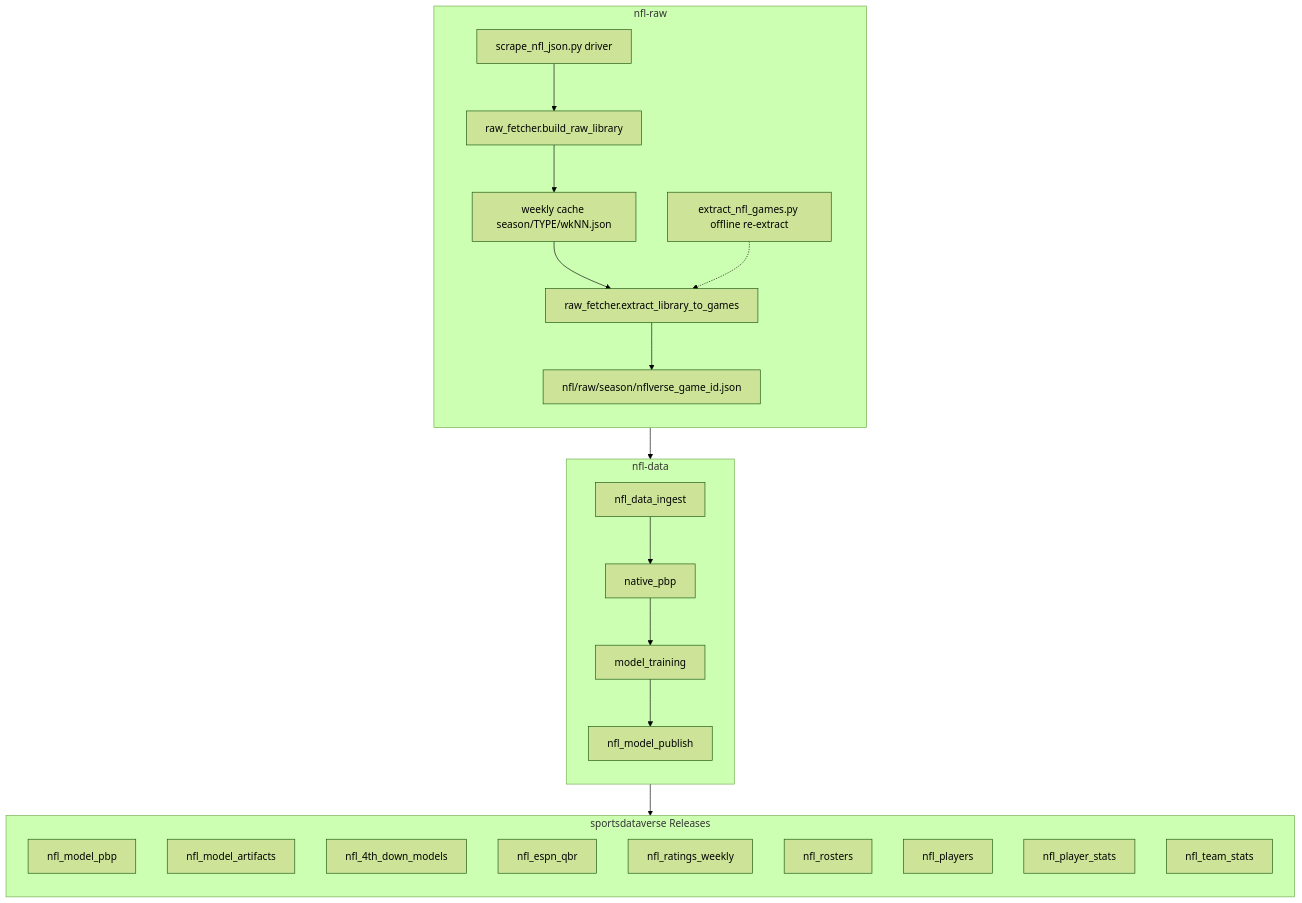
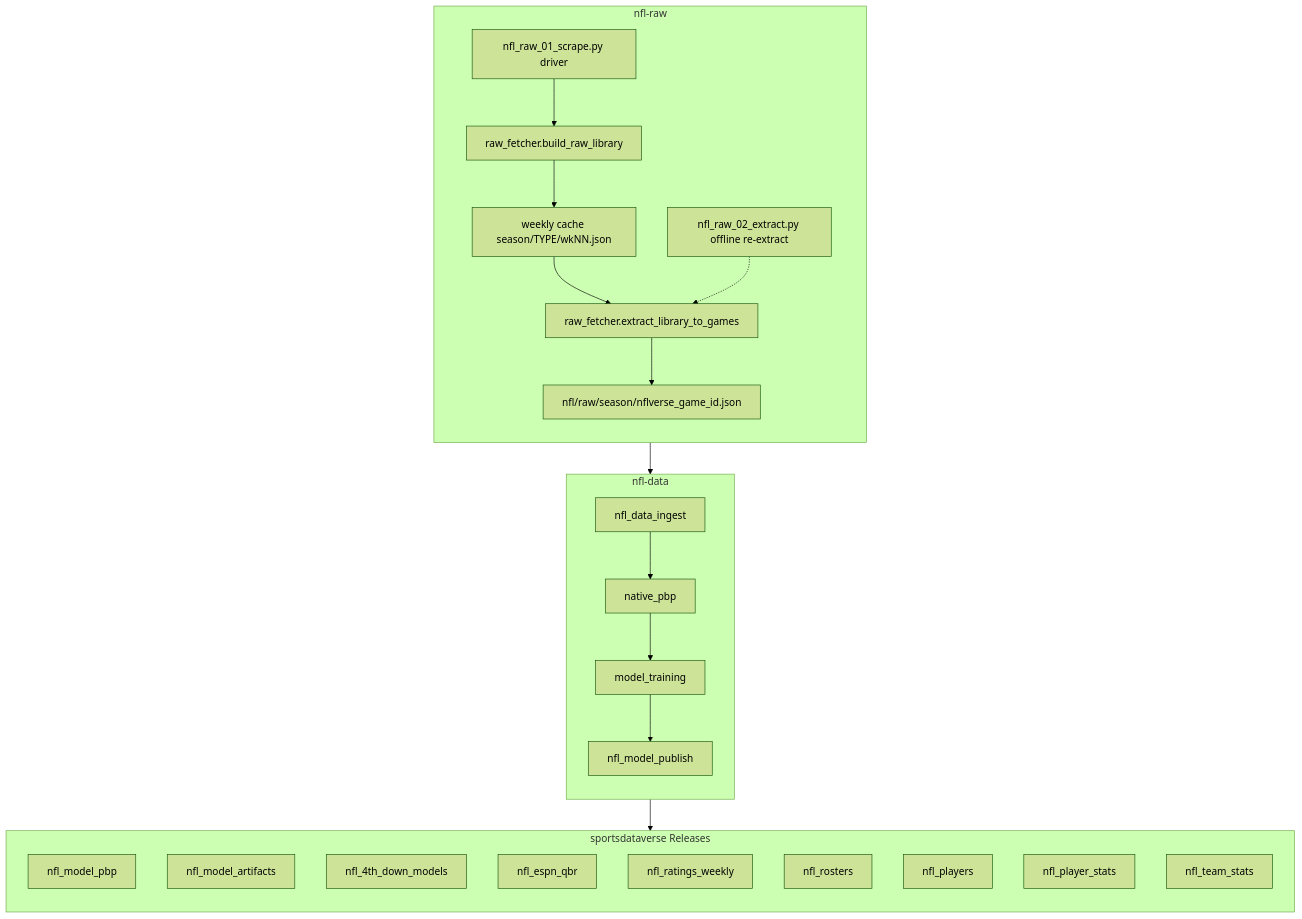
Before and after one commit to sportsdataverse/nfl-raw: the second of 2 diagrams in README.md, drawn with Mermaid (forest theme). The commit also changed other lines of this file and 5 other files, not shown here.

Commit message:
refactor(python): number the pipeline scripts (nfl_raw_01_scrape / nfl_raw_02_extract)

````diff
--- a/README.md
+++ b/README.md
@@ -27,34 +27,34 @@
 ```mermaid
 flowchart TB;
     subgraph A[nfl-raw];
         direction TB;
-        A1[scrape_nfl_json.py driver]-->A2[raw_fetcher.build_raw_library];
+        A1[nfl_raw_01_scrape.py driver]-->A2[raw_fetcher.build_raw_library];
         A2-->A3[weekly cache season/TYPE/wkNN.json];
         A3-->A4[raw_fetcher.extract_library_to_games];
         A4-->A5[nfl/raw/season/nflverse_game_id.json];
-        A6[extract_nfl_games.py offline re-extract]-.->A4;
+        A6[nfl_raw_02_extract.py offline re-extract]-.->A4;
     end;
 
     subgraph B[nfl-data];
         direction TB;
         B1[nfl_data_ingest]-->B2[native_pbp];
         B2-->B3[model_training];
         B3-->B4[nfl_model_publish];
     end;
 
     subgraph C[sportsdataverse Releases];
         direction TB;
         C1[nfl_model_pbp];
         C2[nfl_model_artifacts];
         C3[nfl_4th_down_models];
         C4[nfl_espn_qbr];
         C5[nfl_ratings_weekly];
         C6[nfl_rosters];
         C7[nfl_players];
         C8[nfl_player_stats];
         C9[nfl_team_stats];
     end;
 
     A-->B;
     B-->C;
 ```
````
